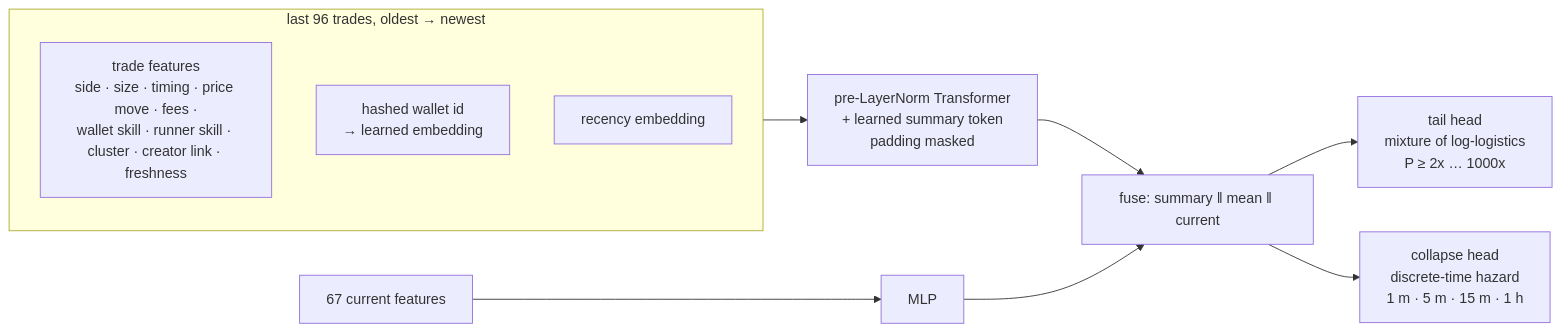
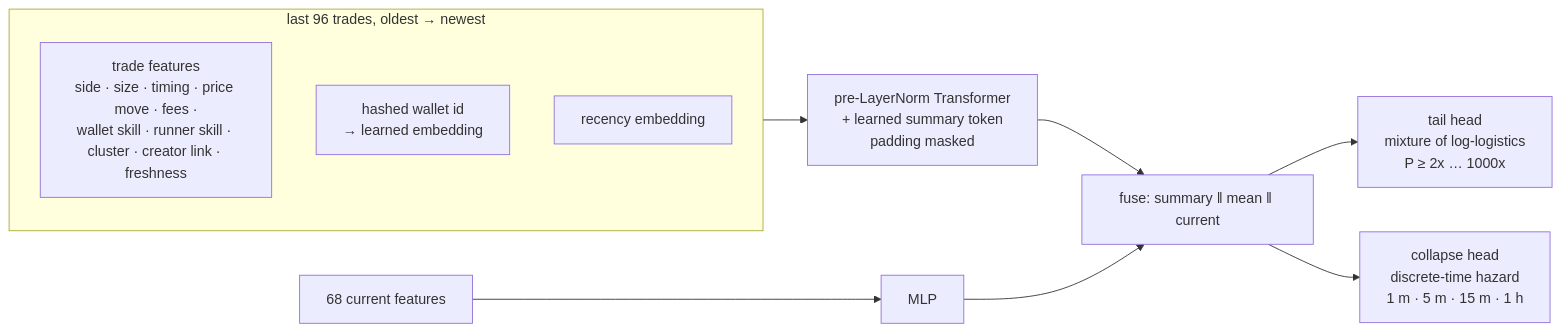
The diagram in docs/TAPE.md (paloaltovisitor57-cloud/Machines-learning-at-full-speed), drawn with Mermaid before and after one commit. The commit also changed other lines of this file and 14 other files, not shown here.

````diff
--- a/docs/TAPE.md
+++ b/docs/TAPE.md
@@ -7,14 +7,14 @@
 ```mermaid
 flowchart LR
     subgraph TAPE[last 96 trades, oldest → newest]
         T1[trade features<br/>side · size · timing · price move · fees ·<br/>wallet skill · runner skill · cluster · creator link · freshness]
         W1[hashed wallet id<br/>→ learned embedding]
         R1[recency embedding]
     end
     TAPE --> ENC[pre-LayerNorm Transformer<br/>+ learned summary token<br/>padding masked]
-    CUR[67 current features] --> MLP[MLP]
+    CUR[68 current features] --> MLP[MLP]
     ENC --> FUSE[fuse: summary ‖ mean ‖ current]
     MLP --> FUSE
     FUSE --> TAIL[tail head<br/>mixture of log-logistics<br/>P ≥ 2x … 1000x]
     FUSE --> HAZ[collapse head<br/>discrete-time hazard<br/>1 m · 5 m · 15 m · 1 h]
 ```
````
